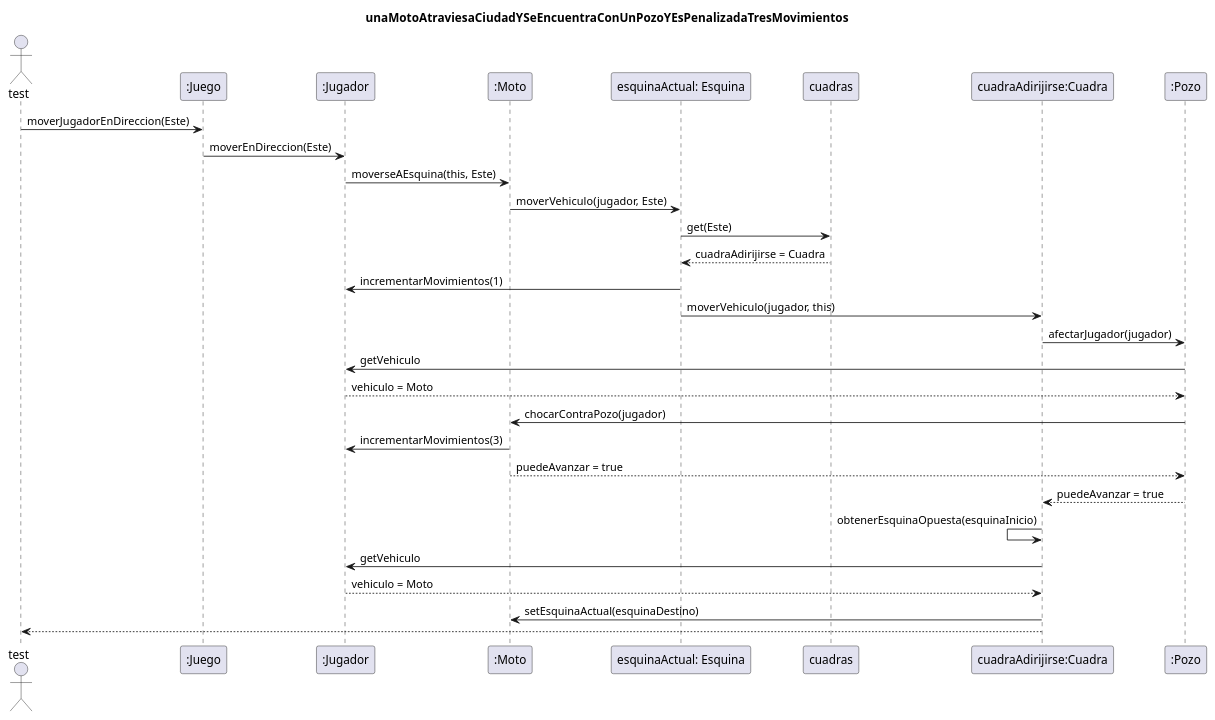
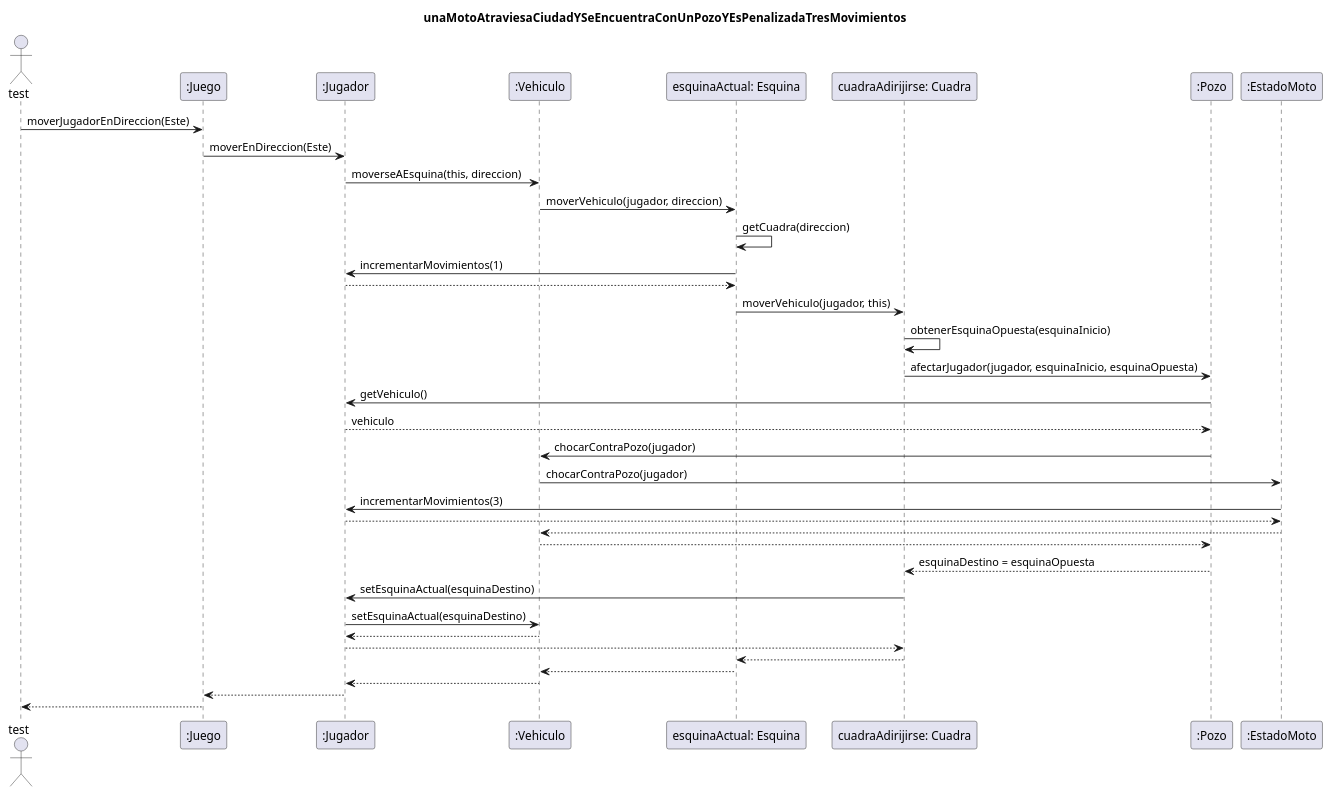
The diagram in diagrams/sequences/entrega01/CasoDeUso01.plantuml (TP2Algo3FIUBA/tp2), drawn with PlantUML before and after one commit. The commit also changed 1 other file, not shown here.

Commit message:
Actualizacion diagrama secuencia UML caso de uso 1 entrega 1

```diff
--- a/diagrams/sequences/entrega01/CasoDeUso01.plantuml
+++ b/diagrams/sequences/entrega01/CasoDeUso01.plantuml
@@ -1,28 +1,40 @@
 @startuml
 
 title: unaMotoAtraviesaCiudadYSeEncuentraConUnPozoYEsPenalizadaTresMovimientos
 
 
 Actor test
 test -> ":Juego" : moverJugadorEnDireccion(Este)
 ":Juego" -> ":Jugador"  : moverEnDireccion(Este)
-":Jugador"  -> ":Moto" : moverseAEsquina(this, Este)
-":Moto"  -> "esquinaActual: Esquina" : moverVehiculo(jugador, Este)
-"esquinaActual: Esquina" -> cuadras : get(Este)
-"esquinaActual: Esquina" <-- cuadras : cuadraAdirijirse = Cuadra
-"esquinaActual: Esquina" -> ":Jugador"  : incrementarMovimientos(1)
-"esquinaActual: Esquina" -> "cuadraAdirijirse:Cuadra" : moverVehiculo(jugador, this)
-"cuadraAdirijirse:Cuadra" -> ":Pozo" : afectarJugador(jugador)
-":Pozo" -> ":Jugador"  : getVehiculo
-":Pozo" <-- ":Jugador"  : vehiculo = Moto
-":Pozo" -> ":Moto"  : chocarContraPozo(jugador)
-":Moto"  -> ":Jugador"  : incrementarMovimientos(3)
-":Pozo" <-- ":Moto"  : puedeAvanzar = true
-"cuadraAdirijirse:Cuadra" <-- ":Pozo" : puedeAvanzar = true
-"cuadraAdirijirse:Cuadra" <- "cuadraAdirijirse:Cuadra" : obtenerEsquinaOpuesta(esquinaInicio)
-"cuadraAdirijirse:Cuadra" -> ":Jugador"  : getVehiculo
-"cuadraAdirijirse:Cuadra" <-- ":Jugador"  : vehiculo = Moto
-"cuadraAdirijirse:Cuadra" -> ":Moto"  : setEsquinaActual(esquinaDestino)
-test <-- "cuadraAdirijirse:Cuadra"
+":Jugador"  -> ":Vehiculo" : moverseAEsquina(this, direccion)
+":Vehiculo" -> "esquinaActual: Esquina" : moverVehiculo(jugador, direccion)
+"esquinaActual: Esquina" -> "esquinaActual: Esquina" : getCuadra(direccion)
+"esquinaActual: Esquina" -> ":Jugador" : incrementarMovimientos(1)
+return
+
+"esquinaActual: Esquina" -> "cuadraAdirijirse: Cuadra" : moverVehiculo(jugador, this)
+"cuadraAdirijirse: Cuadra" -> "cuadraAdirijirse: Cuadra" : obtenerEsquinaOpuesta(esquinaInicio)
+"cuadraAdirijirse: Cuadra" -> ":Pozo" : afectarJugador(jugador, esquinaInicio, esquinaOpuesta)
+
+":Pozo" -> ":Jugador" : getVehiculo()
+return vehiculo
+":Pozo" -> ":Vehiculo" : chocarContraPozo(jugador)
+":Vehiculo" -> ":EstadoMoto" : chocarContraPozo(jugador)
+":EstadoMoto" -> ":Jugador" : incrementarMovimientos(3)
+":Jugador" --> ":EstadoMoto"
+":EstadoMoto" --> ":Vehiculo"
+":Vehiculo" --> ":Pozo"
+
+":Pozo" --> "cuadraAdirijirse: Cuadra" : esquinaDestino = esquinaOpuesta
+"cuadraAdirijirse: Cuadra" -> ":Jugador" : setEsquinaActual(esquinaDestino)
+":Jugador" -> ":Vehiculo" : setEsquinaActual(esquinaDestino)
+
+return
+":Jugador" --> "cuadraAdirijirse: Cuadra"
+"cuadraAdirijirse: Cuadra" --> "esquinaActual: Esquina"
+"esquinaActual: Esquina" --> ":Vehiculo"
+":Vehiculo" --> ":Jugador"
+":Jugador" --> ":Juego"
+":Juego" --> test
 
 @enduml
```
